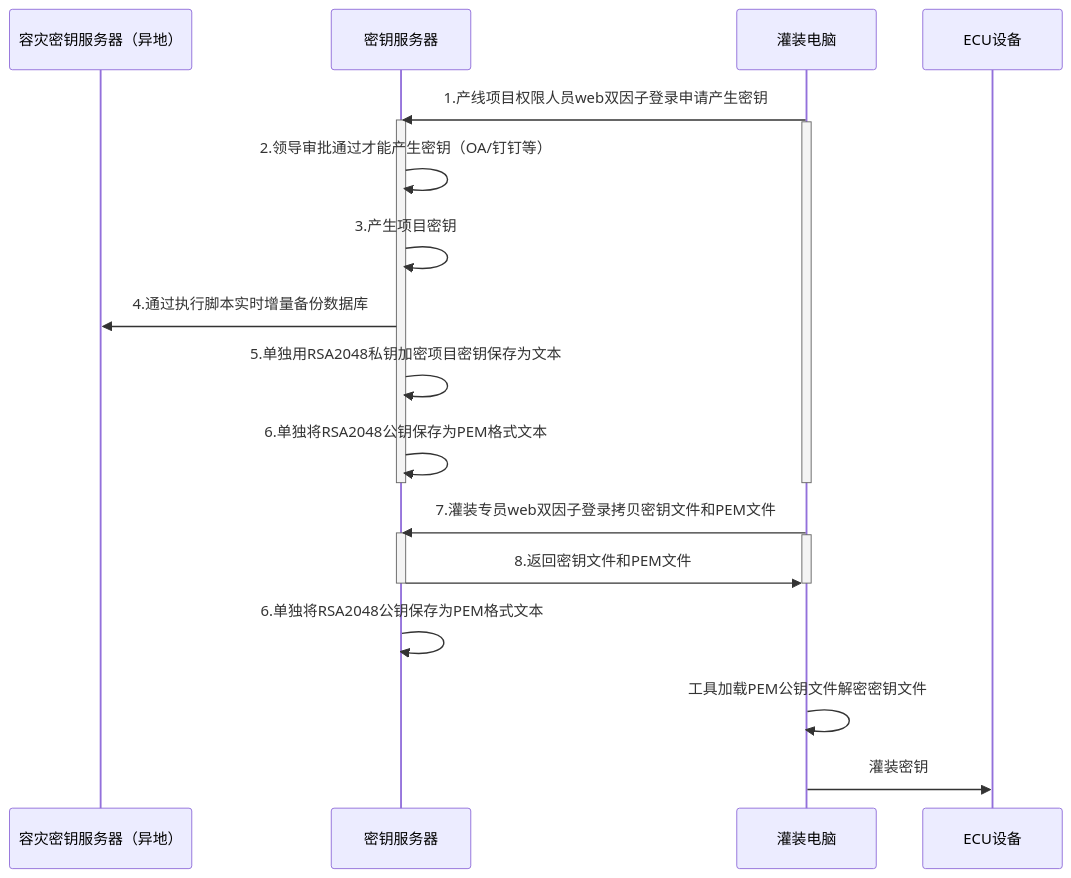
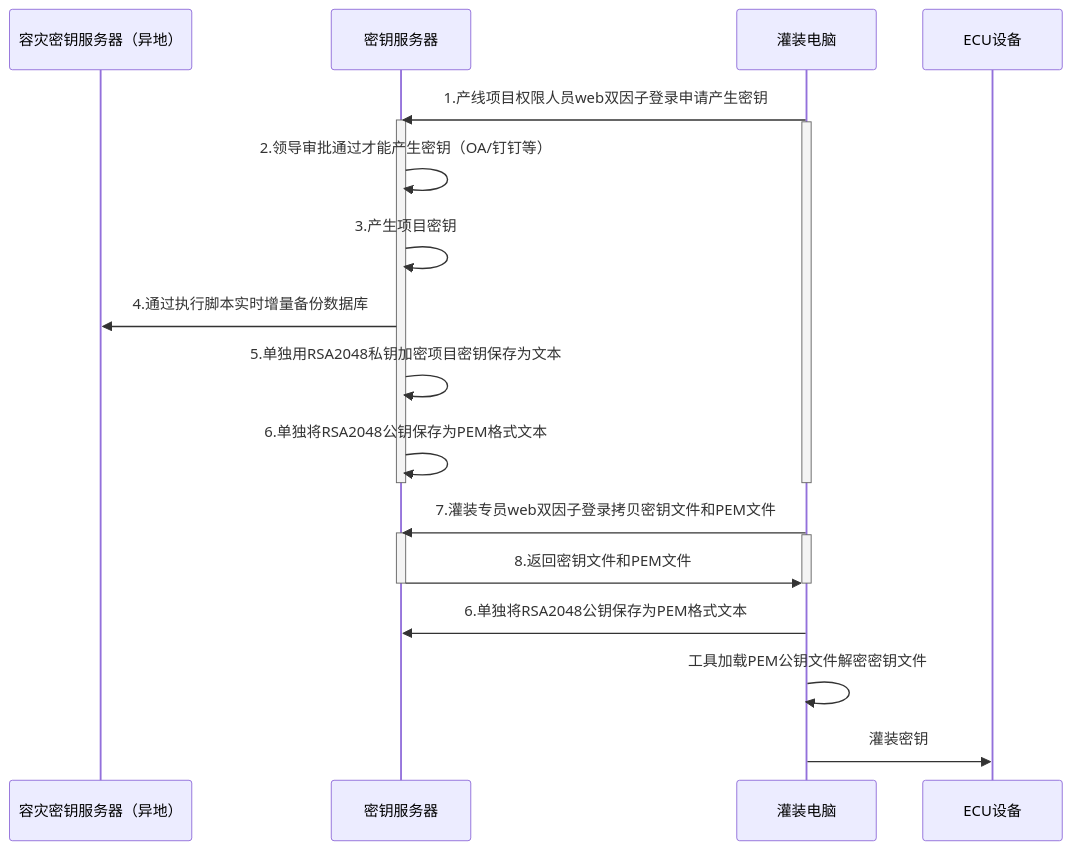
The diagram in all/未命名-15.md (facebook-cloud/iodraw-files), drawn with Mermaid before and after one commit.

Commit message:
2026-02-11 19:52:43 update

````diff
--- a/all/未命名-15.md
+++ b/all/未命名-15.md
@@ -1,31 +1,32 @@
 ```mermaid
 sequenceDiagram
     participant A as 容灾密钥服务器（异地）
     participant B as 密钥服务器
     participant D as 灌装电脑
     participant E as ECU设备
 
     
     D->>B: 1.产线项目权限人员web双因子登录申请产生密钥
     activate B
     activate D
     B->>B: 2.领导审批通过才能产生密钥（OA/钉钉等）
     B->>B: 3.产生项目密钥
     B->>A: 4.通过执行脚本实时增量备份数据库
     B->>B: 5.单独用RSA2048私钥加密项目密钥保存为文本
     B->>B: 6.单独将RSA2048公钥保存为PEM格式文本
     deactivate B
     deactivate D
 
     
     D->>B: 7.灌装专员web双因子登录拷贝密钥文件和PEM文件
     activate B
     activate D
     B->>D: 8.返回密钥文件和PEM文件
     deactivate B
     deactivate D
-    B->>B: 6.单独将RSA2048公钥保存为PEM格式文本
+    D->>B: 6.单独将RSA2048公钥保存为PEM格式文本
+
     D->>D:工具加载PEM公钥文件解密密钥文件
     
     D->>E: 灌装密钥
 ```
````
